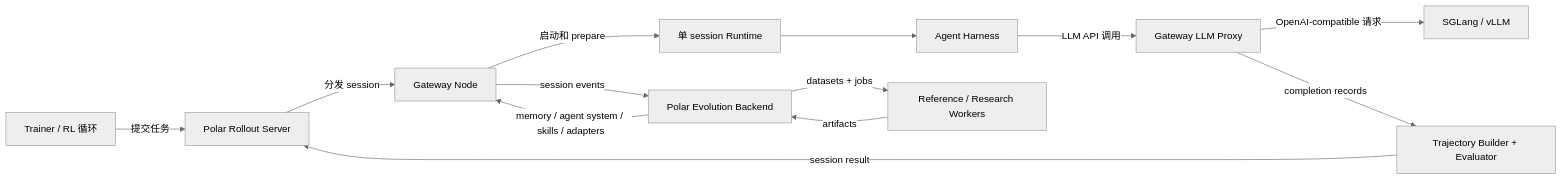
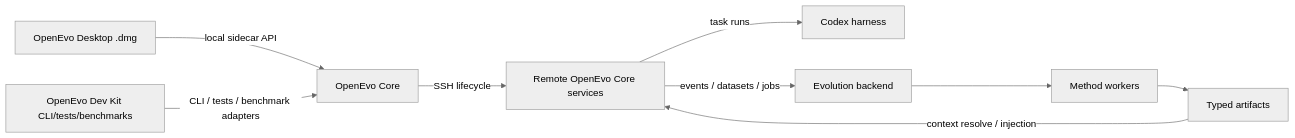
One commit to KDBRonaldo/OpenEvo changed the diagram in docs/architecture/README.md. Above: the diagram before and after it, drawn with Mermaid (neutral theme). The commit also changed other lines of this file and 6 other files, not shown here.

````diff
--- a/docs/architecture/README.md
+++ b/docs/architecture/README.md
@@ -29,26 +62,20 @@
 ```mermaid
 flowchart LR
-    Trainer[Trainer / RL 循环]
-    Rollout[Polar Rollout Server]
-    Gateway[Gateway Node]
-    Runtime[单 session Runtime]
-    Agent[Agent Harness]
-    Proxy[Gateway LLM Proxy]
-    Inference[SGLang / vLLM]
-    Trajectory[Trajectory Builder + Evaluator]
-    Evolution[Polar Evolution Backend]
-    Worker[Reference / Research Workers]
+    Desktop[OpenEvo Desktop .dmg]
+    DevKit[OpenEvo Dev Kit CLI/tests/benchmarks]
+    Core[OpenEvo Core]
+    Remote[Remote OpenEvo Core services]
+    Harness[Codex harness]
+    Store[Evolution backend]
+    Methods[Method workers]
+    Artifacts[Typed artifacts]
 
-    Trainer -->|提交任务| Rollout
-    Rollout -->|分发 session| Gateway
-    Gateway -->|启动和 prepare| Runtime
-    Runtime --> Agent
-    Agent -->|LLM API 调用| Proxy
-    Proxy -->|OpenAI-compatible 请求| Inference
-    Proxy -->|completion records| Trajectory
-    Trajectory -->|session result| Rollout
-    Gateway -->|session events| Evolution
-    Evolution -->|datasets + jobs| Worker
-    Worker -->|artifacts| Evolution
-    Evolution -->|memory / agent system / skills / adapters| Gateway
+    Desktop -->|local sidecar API| Core
+    DevKit -->|CLI / tests / benchmark adapters| Core
+    Core -->|SSH lifecycle| Remote
+    Remote -->|task runs| Harness
+    Remote -->|events / datasets / jobs| Store
+    Store --> Methods
+    Methods --> Artifacts
+    Artifacts -->|context resolve / injection| Remote
 ```
````
